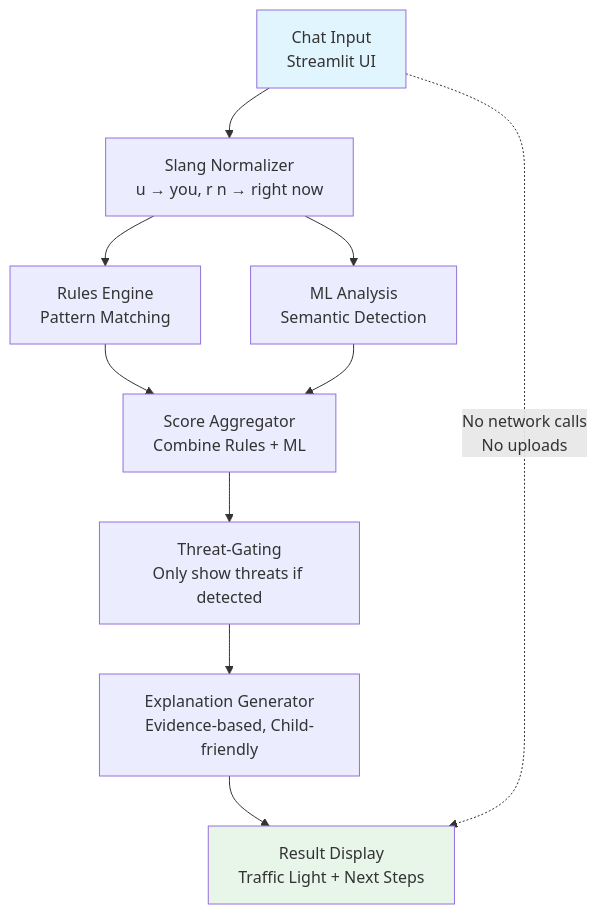
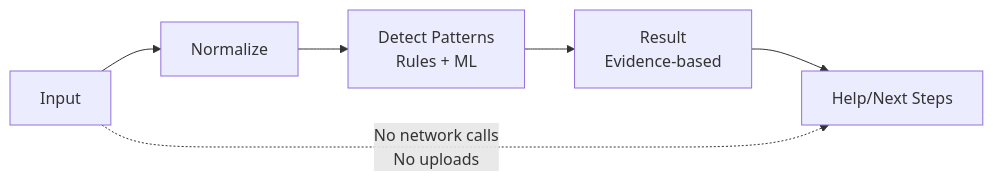
The first of 2 diagrams in README.md (andreaseirich/ChatCompanion), drawn with Mermaid before and after one commit. The commit also changed other lines of this file, not shown here.

Commit message:
docs: final README micro-optimizations for judge readability
- Shorten Safety Note to 4 lines: condense to 2 sentences + Important line + link
- Remove redundant 'Remember' line before License section
- Simplify Architecture diagram to 5-step flow (Input → Normalize → Detect Patterns → Result → Help/Next Steps)
- Combine Rules+ML into 'Detect Patterns', integrate Threat-Gating+Explanation into 'Result'
- Keep 'No network calls / No uploads' annotation
- All constraints met: Quickstart unchanged, claims match code behavior

````diff
--- a/README.md
+++ b/README.md
@@ -196,15 +196,9 @@
 ```mermaid
-graph TD
-    A[Chat Input<br/>Streamlit UI] --> B[Slang Normalizer<br/>u → you, r n → right now]
-    B --> C[Rules Engine<br/>Pattern Matching]
-    B --> D[ML Analysis<br/>Semantic Detection]
-    C --> E[Score Aggregator<br/>Combine Rules + ML]
-    D --> E
-    E --> F[Threat-Gating<br/>Only show threats if detected]
-    F --> G[Explanation Generator<br/>Evidence-based, Child-friendly]
-    G --> H[Result Display<br/>Traffic Light + Next Steps]
+flowchart LR
+    A[Input] --> B[Normalize]
+    B --> C[Detect Patterns<br/>Rules + ML]
+    C --> D[Result<br/>Evidence-based]
+    D --> E[Help/Next Steps]
     
-    style A fill:#e1f5ff
-    style H fill:#e8f5e9
-    A -.->|"No network calls<br/>No uploads"| H
+    A -.->|"No network calls<br/>No uploads"| E
 ```
````
